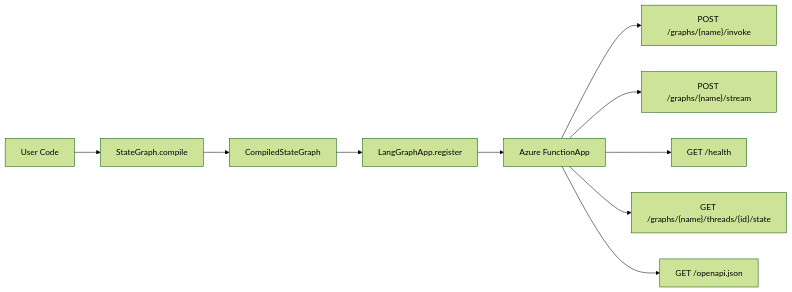
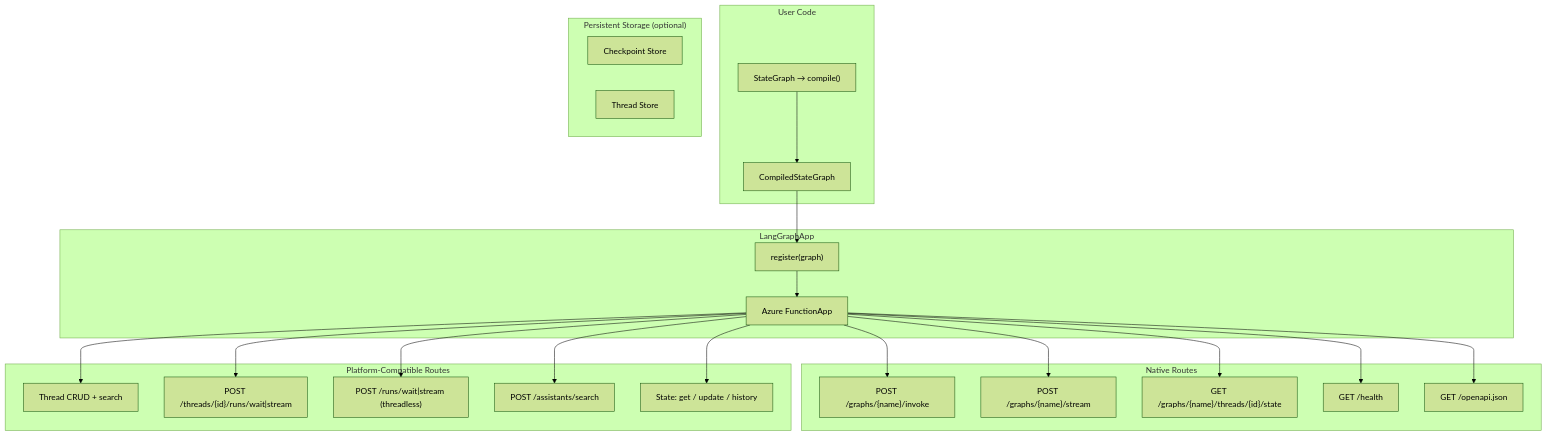
Before and after one commit to yeongseon/azure-functions-langgraph: the first of 5 diagrams in docs/architecture.md, drawn with Mermaid (forest theme). The commit also changed other lines of this file and 1 other file, not shown here.

First line of the commit message:
docs: standardize architecture docs with Mermaid diagrams, Sources, and See Also

````diff
--- a/docs/architecture.md
+++ b/docs/architecture.md
@@ -7,12 +7,32 @@
 ```mermaid
-flowchart LR
-    A[User Code] --> B[StateGraph.compile]
-    B --> C[CompiledStateGraph]
-    C --> D[LangGraphApp.register]
-    D --> E[Azure FunctionApp]
-    E --> F["POST /graphs/{name}/invoke"]
-    E --> G["POST /graphs/{name}/stream"]
-    E --> H[GET /health]
-    E --> I["GET /graphs/{name}/threads/{id}/state"]
-    E --> J[GET /openapi.json]
+flowchart TB
+    subgraph User ["User Code"]
+        SG["StateGraph → compile()"] --> CSG["CompiledStateGraph"]
+    end
+
+    subgraph Core ["LangGraphApp"]
+        CSG --> REG["register(graph)"]
+        REG --> FA["Azure FunctionApp"]
+    end
+
+    subgraph Native ["Native Routes"]
+        FA --> INV["POST /graphs/{name}/invoke"]
+        FA --> STR["POST /graphs/{name}/stream"]
+        FA --> GST["GET /graphs/{name}/threads/{id}/state"]
+        FA --> HLT["GET /health"]
+        FA --> OAI["GET /openapi.json"]
+    end
+
+    subgraph Platform ["Platform-Compatible Routes"]
+        FA --> THR["Thread CRUD + search"]
+        FA --> RUN["POST /threads/{id}/runs/wait|stream"]
+        FA --> TLR["POST /runs/wait|stream (threadless)"]
+        FA --> AST["POST /assistants/search"]
+        FA --> PST["State: get / update / history"]
+    end
+
+    subgraph Storage ["Persistent Storage (optional)"]
+        CKP["Checkpoint Store"]
+        THS["Thread Store"]
+    end
 ```
````
